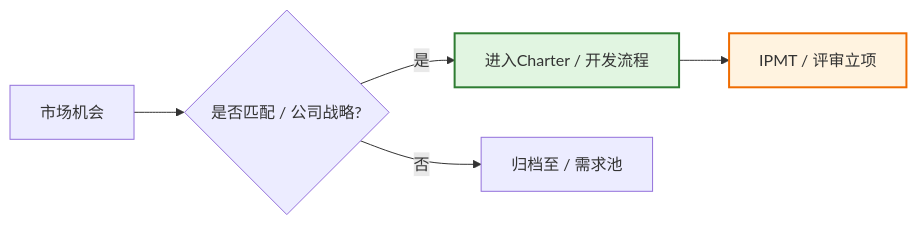
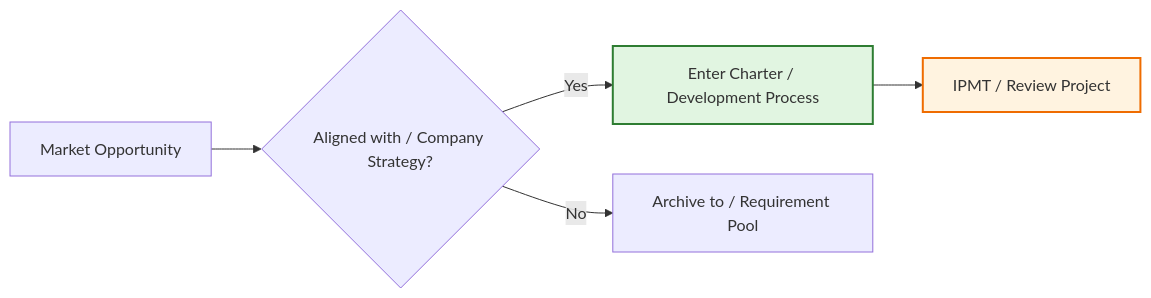
The second of 11 diagrams in templates/产品/战略层/【模板】项目任务书.md (Kirky-X/cangjie), drawn with Mermaid before and after one commit. The commit also changed other lines of this file and 60 other files, not shown here.

````diff
--- a/templates/产品/战略层/【模板】项目任务书.md
+++ b/templates/产品/战略层/【模板】项目任务书.md
@@ -105,9 +105,9 @@
 ```mermaid
 flowchart LR
-    A[市场机会] --> B{是否匹配 / 公司战略?}
-    B -->|是| C[进入Charter / 开发流程]
-    B -->|否| D[归档至 / 需求池]
-    C --> E[IPMT / 评审立项]
+    A[Market Opportunity] --> B{Aligned with / Company Strategy?}
+    B -->|Yes| C[Enter Charter / Development Process]
+    B -->|No| D[Archive to / Requirement Pool]
+    C --> E[IPMT / Review Project]
     style C fill:#e1f5e1,stroke:#2e7d32,stroke-width:2px
     style E fill:#fff3e0,stroke:#ef6c00,stroke-width:2px
 ```
````
